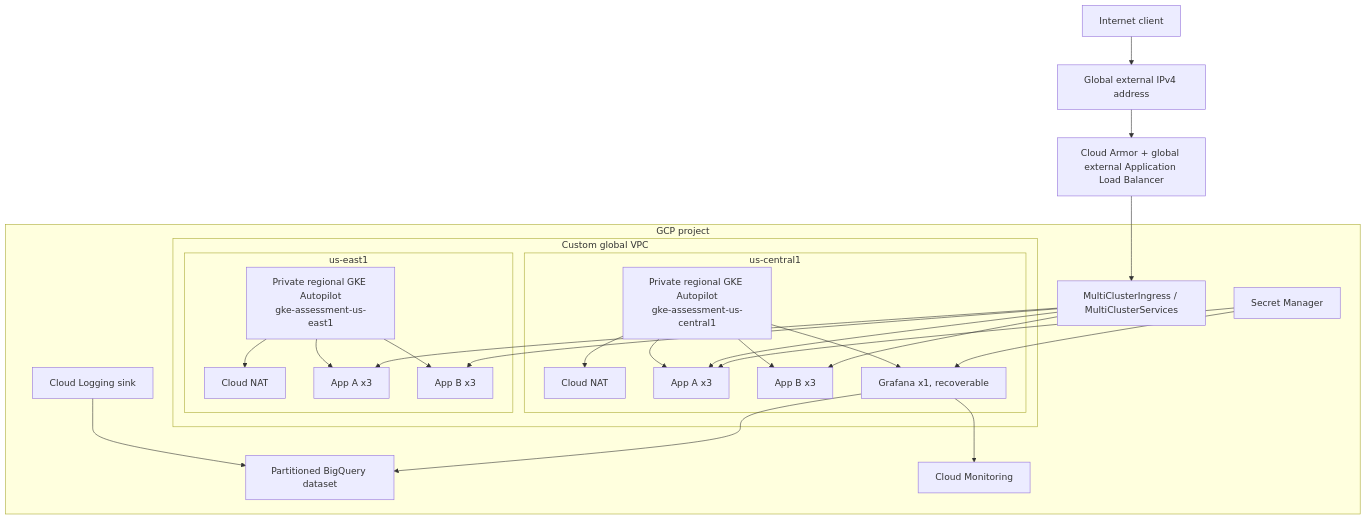
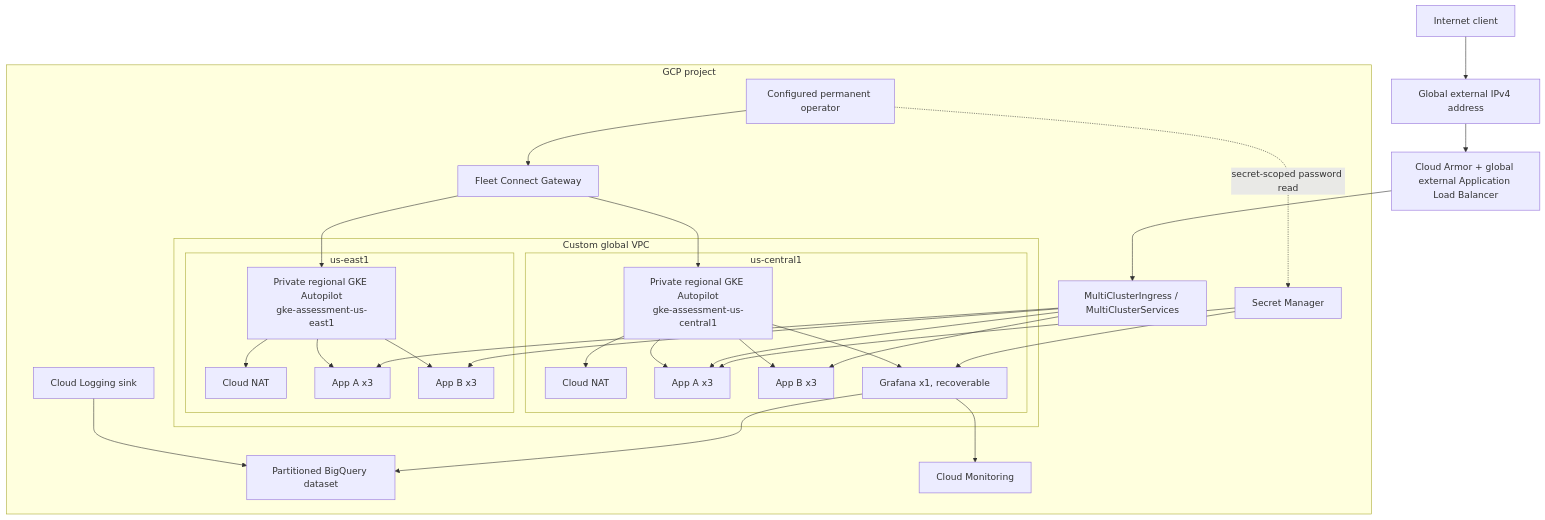
Before and after one commit to kamrank89/schwab-assessment: the first of 2 diagrams in docs/architecture/overview.md, drawn with Mermaid. The commit also changed other lines of this file and 21 other files, not shown here.

Commit message:
fix: harden permanent operator access

````diff
--- a/docs/architecture/overview.md
+++ b/docs/architecture/overview.md
@@ -5,40 +5,44 @@
 ```mermaid
 flowchart TB
   user[Internet client] --> vip[Global external IPv4 address]
   vip --> armor[Cloud Armor + global external Application Load Balancer]
   armor --> mci[MultiClusterIngress / MultiClusterServices]
+  operator[Configured permanent operator] --> gateway[Fleet Connect Gateway]
 
   subgraph project[GCP project]
     subgraph vpc[Custom global VPC]
       subgraph central[us-central1]
         nat1[Cloud NAT]
         c1[Private regional GKE Autopilot\ngke-assessment-us-central1]
         a1[App A x3]
         b1[App B x3]
         grafana[Grafana x1, recoverable]
         c1 --> a1
         c1 --> b1
         c1 --> grafana
         c1 --> nat1
       end
       subgraph east[us-east1]
         nat2[Cloud NAT]
         c2[Private regional GKE Autopilot\ngke-assessment-us-east1]
         a2[App A x3]
         b2[App B x3]
         c2 --> a2
         c2 --> b2
         c2 --> nat2
       end
     end
     mci --> a1
     mci --> b1
     mci --> a2
     mci --> b2
     logs[Cloud Logging sink] --> bq[Partitioned BigQuery dataset]
     grafana --> bq
     grafana --> mon[Cloud Monitoring]
     sm[Secret Manager] --> a1
     sm --> grafana
+    gateway --> c1
+    gateway --> c2
+    operator -. secret-scoped password read .-> sm
   end
 ```
````
